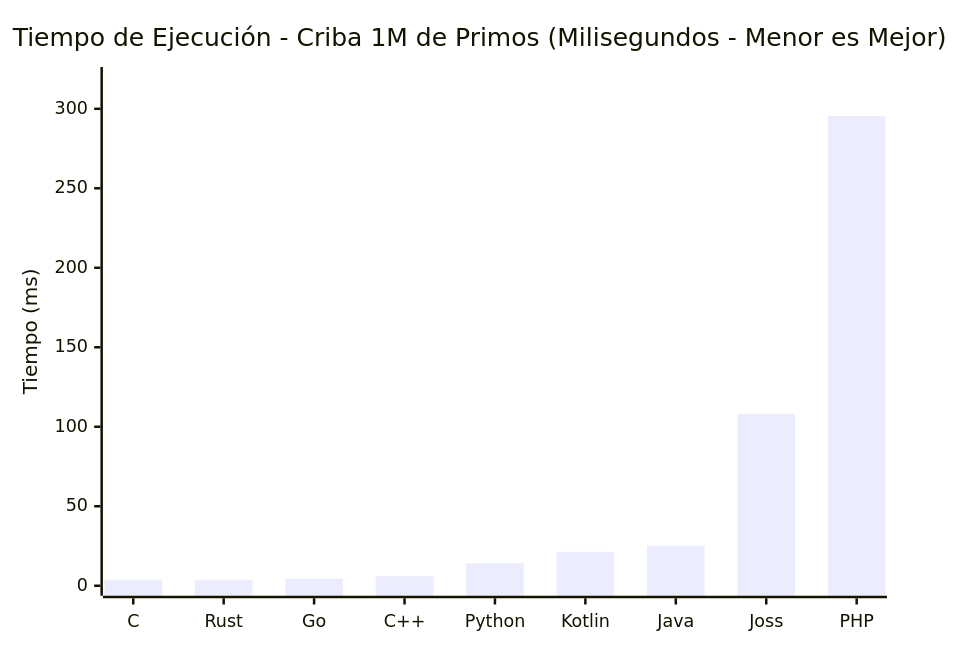
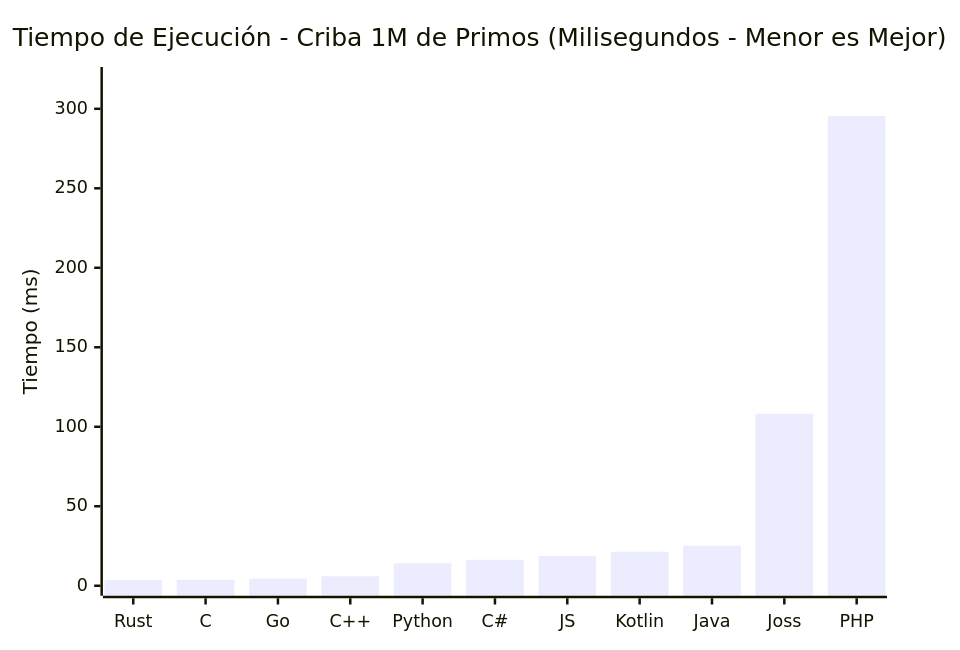
One commit to joss-language/Joss-Programming-Language changed the first of 5 diagrams in branchmark.md. Above: the diagram before and after it, drawn with Mermaid. The commit also changed other lines of this file and 12 other files, not shown here.

Commit message:
docs(benchmarks): rewrite branchmark.md for Joss v3.6.8.0 adding Águila, JavaScript (V8) and C# (.NET 10)

````diff
--- a/branchmark.md
+++ b/branchmark.md
@@ -100,7 +109,7 @@
 ```mermaid
 xychart-beta
     title "Tiempo de Ejecución - Criba 1M de Primos (Milisegundos - Menor es Mejor)"
-    x-axis ["C", "Rust", "Go", "C++", "Python", "Kotlin", "Java", "Joss", "PHP"]
+    x-axis ["Rust", "C", "Go", "C++", "Python", "C#", "JS", "Kotlin", "Java", "Joss", "PHP"]
     y-axis "Tiempo (ms)" 0 --> 320
-    bar [3.8, 3.5, 4.5, 6.0, 14.1, 21.4, 25.2, 108.2, 295.4]
+    bar [3.5, 3.8, 4.5, 6.0, 14.1, 16.3, 18.7, 21.4, 25.2, 108.2, 295.4]
 ```
````
